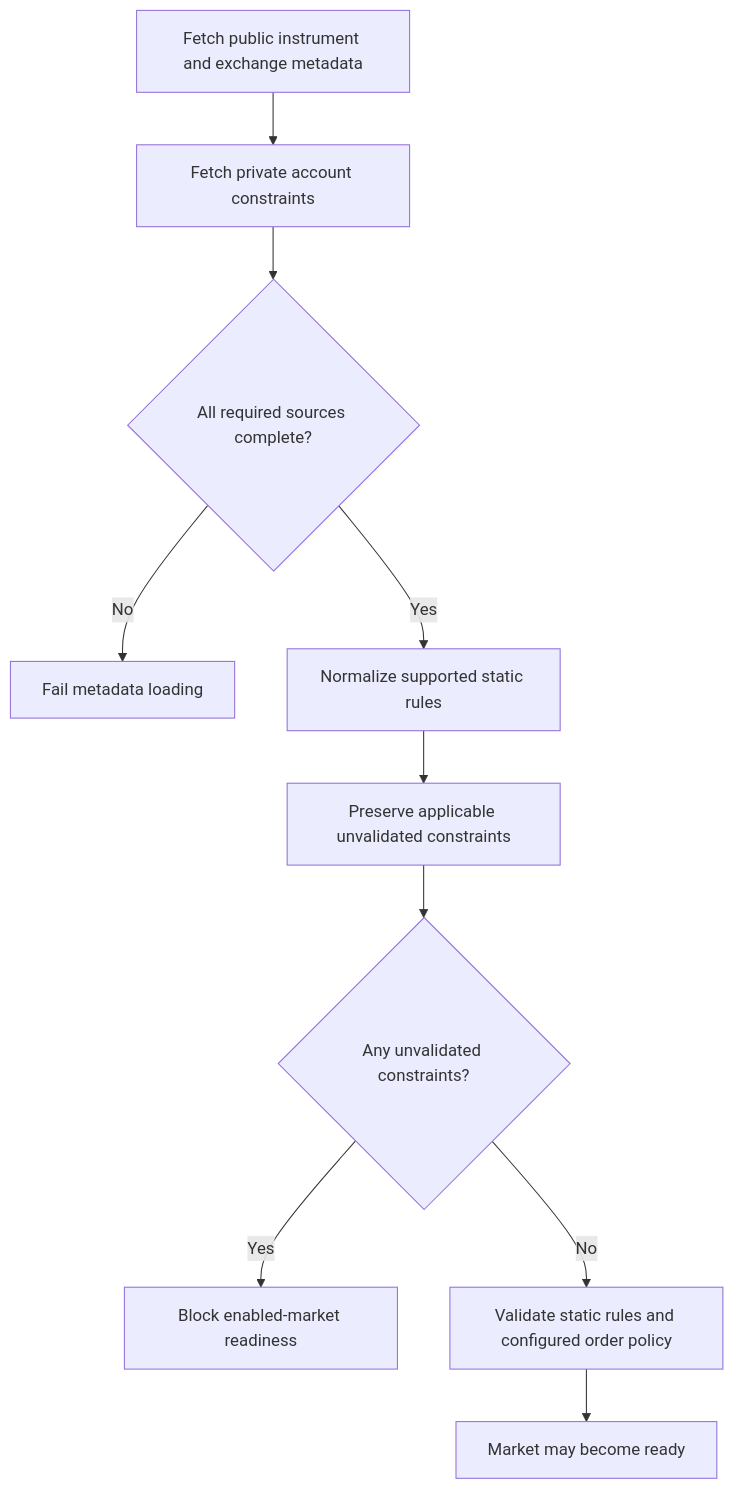
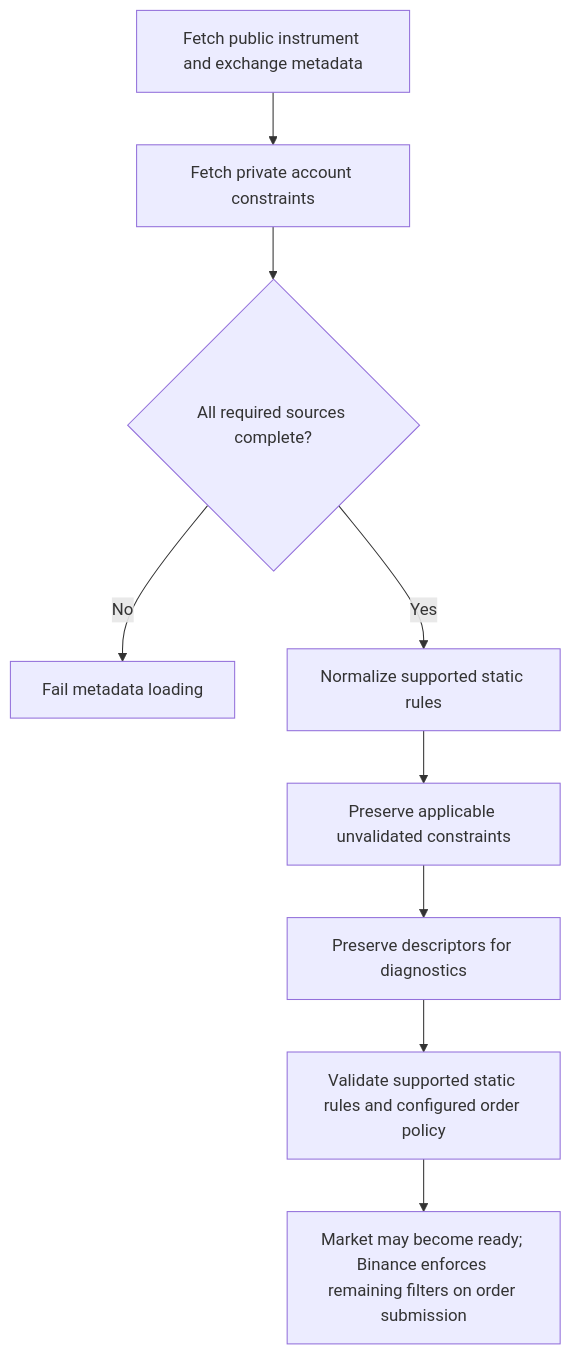
One commit to 45s/coinzilla changed the diagram in apps/harvester/docs/exchange-trading-constraints.md. Above: the diagram before and after it, drawn with Mermaid. The commit also changed other lines of this file, not shown here.

Commit message:
docs(harvester): document non-blocking unsupported exchange filters

````diff
--- a/apps/harvester/docs/exchange-trading-constraints.md
+++ b/apps/harvester/docs/exchange-trading-constraints.md
@@ -68,12 +68,11 @@
 ```mermaid
 flowchart TD
   A[Fetch public instrument and exchange metadata] --> B[Fetch private account constraints]
   B --> C{All required sources complete?}
   C -->|No| D[Fail metadata loading]
   C -->|Yes| E[Normalize supported static rules]
   E --> F[Preserve applicable unvalidated constraints]
-  F --> G{Any unvalidated constraints?}
-  G -->|Yes| H[Block enabled-market readiness]
-  G -->|No| I[Validate static rules and configured order policy]
-  I --> J[Market may become ready]
+  F --> G[Preserve descriptors for diagnostics]
+  G --> H[Validate supported static rules and configured order policy]
+  H --> I[Market may become ready; Binance enforces remaining filters on order submission]
 ```
````
